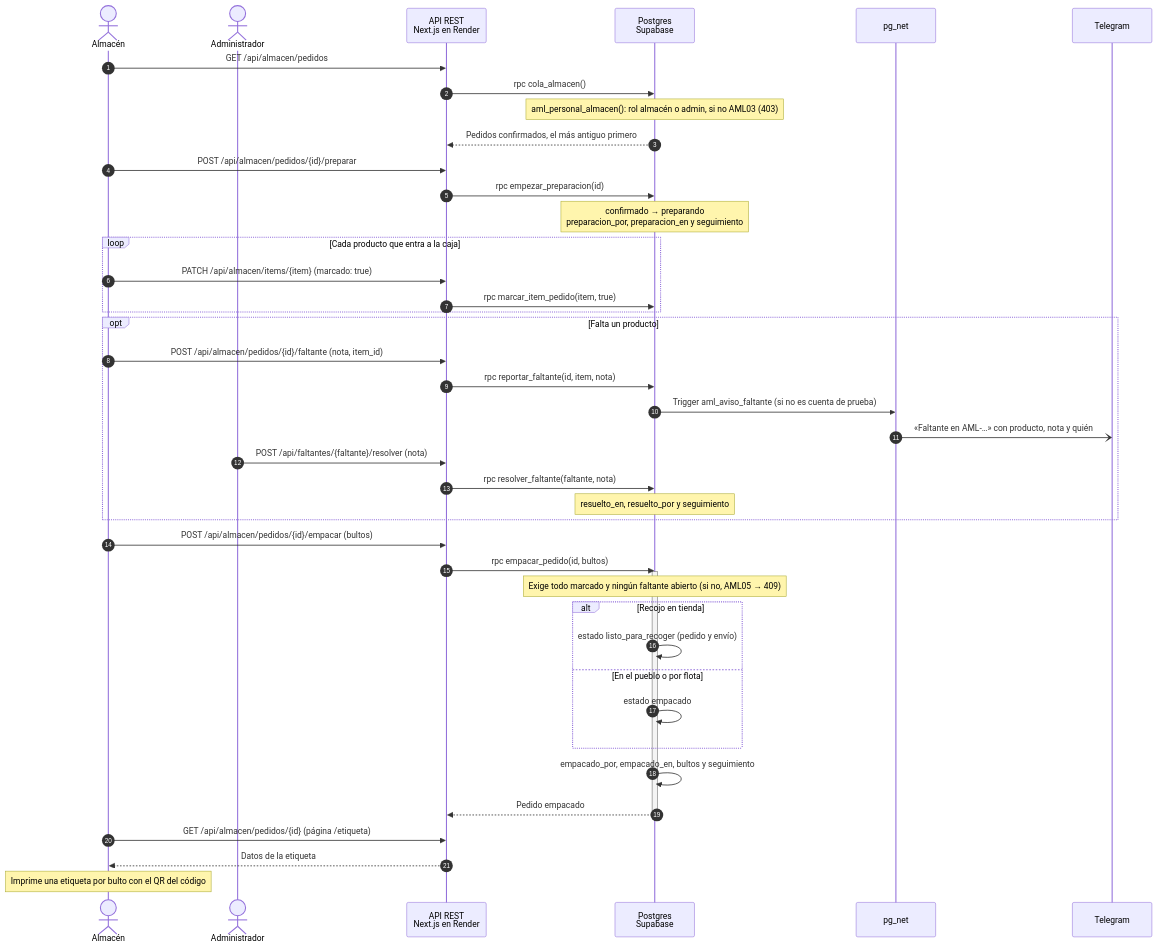
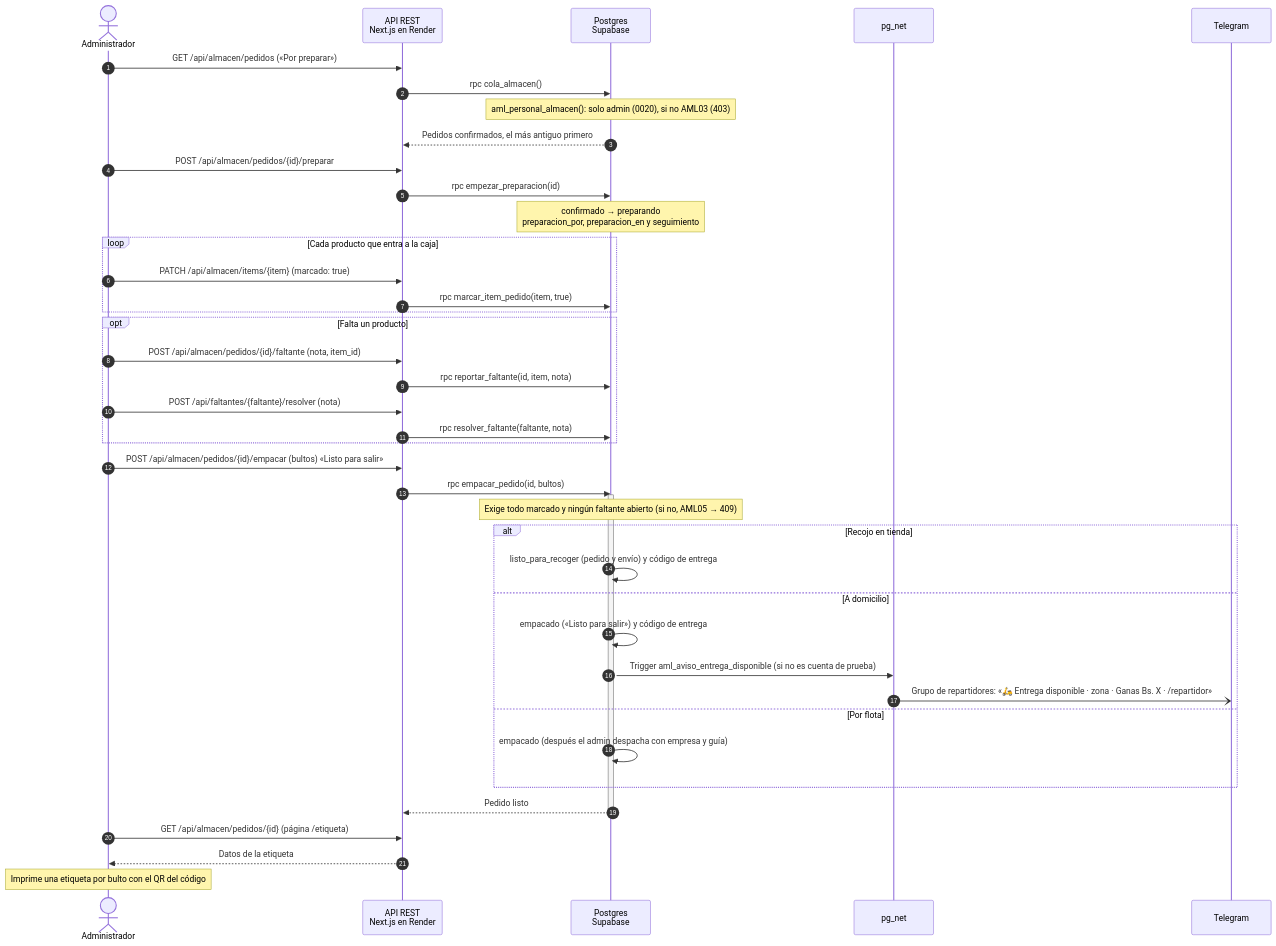
One commit to Almartinezlima/AML-AgroTech changed the third of 4 diagrams in docs/uml/secuencia.md. Above: the diagram before and after it, drawn with Mermaid. The commit also changed other lines of this file and 21 other files, not shown here.

Commit message:
docs(entrega): flujo final 9F en specs (pagos solo QR, preparación del admin, entrega, reparto externo y Telegram), casos de uso, UML, OpenAPI, arquitectura, estado y pruebas

````diff
--- a/docs/uml/secuencia.md
+++ b/docs/uml/secuencia.md
@@ -120,46 +120,45 @@
 ```mermaid
 sequenceDiagram
   autonumber
-  actor AL as Almacén
   actor AD as Administrador
   participant A as API REST<br/>Next.js en Render
   participant DB as Postgres<br/>Supabase
   participant Q as pg_net
   participant T as Telegram
 
-  AL->>A: GET /api/almacen/pedidos
+  AD->>A: GET /api/almacen/pedidos («Por preparar»)
   A->>DB: rpc cola_almacen()
-  Note over DB: aml_personal_almacen(): rol almacén o admin, si no AML03 (403)
+  Note over DB: aml_personal_almacen(): solo admin (0020), si no AML03 (403)
   DB-->>A: Pedidos confirmados, el más antiguo primero
-  AL->>A: POST /api/almacen/pedidos/{id}/preparar
+  AD->>A: POST /api/almacen/pedidos/{id}/preparar
   A->>DB: rpc empezar_preparacion(id)
   Note over DB: confirmado → preparando<br/>preparacion_por, preparacion_en y seguimiento
   loop Cada producto que entra a la caja
-    AL->>A: PATCH /api/almacen/items/{item} (marcado: true)
+    AD->>A: PATCH /api/almacen/items/{item} (marcado: true)
     A->>DB: rpc marcar_item_pedido(item, true)
   end
   opt Falta un producto
-    AL->>A: POST /api/almacen/pedidos/{id}/faltante (nota, item_id)
+    AD->>A: POST /api/almacen/pedidos/{id}/faltante (nota, item_id)
     A->>DB: rpc reportar_faltante(id, item, nota)
-    DB->>Q: Trigger aml_aviso_faltante (si no es cuenta de prueba)
-    Q-)T: «Faltante en AML-…» con producto, nota y quién
     AD->>A: POST /api/faltantes/{faltante}/resolver (nota)
     A->>DB: rpc resolver_faltante(faltante, nota)
-    Note over DB: resuelto_en, resuelto_por y seguimiento
   end
-  AL->>A: POST /api/almacen/pedidos/{id}/empacar (bultos)
+  AD->>A: POST /api/almacen/pedidos/{id}/empacar (bultos) «Listo para salir»
   A->>DB: rpc empacar_pedido(id, bultos)
   activate DB
   Note over DB: Exige todo marcado y ningún faltante abierto (si no, AML05 → 409)
   alt Recojo en tienda
-    DB->>DB: estado listo_para_recoger (pedido y envío)
-  else En el pueblo o por flota
-    DB->>DB: estado empacado
+    DB->>DB: listo_para_recoger (pedido y envío) y código de entrega
+  else A domicilio
+    DB->>DB: empacado («Listo para salir») y código de entrega
+    DB->>Q: Trigger aml_aviso_entrega_disponible (si no es cuenta de prueba)
+    Q-)T: Grupo de repartidores: «🛵 Entrega disponible · zona · Ganas Bs. X · /repartidor»
+  else Por flota
+    DB->>DB: empacado (después el admin despacha con empresa y guía)
   end
-  DB->>DB: empacado_por, empacado_en, bultos y seguimiento
-  DB-->>A: Pedido empacado
+  DB-->>A: Pedido listo
   deactivate DB
-  AL->>A: GET /api/almacen/pedidos/{id} (página /etiqueta)
-  A-->>AL: Datos de la etiqueta
-  Note over AL: Imprime una etiqueta por bulto con el QR del código
+  AD->>A: GET /api/almacen/pedidos/{id} (página /etiqueta)
+  A-->>AD: Datos de la etiqueta
+  Note over AD: Imprime una etiqueta por bulto con el QR del código
 ```
````
